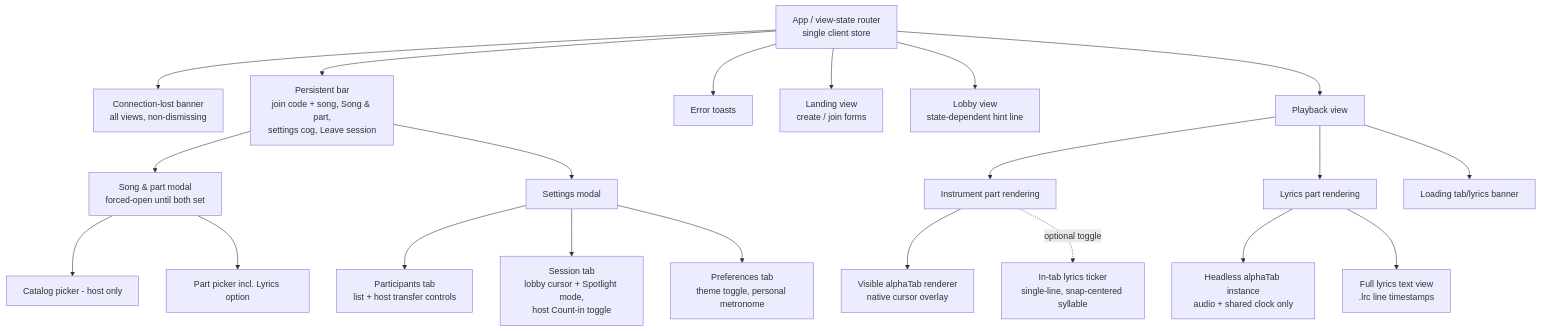
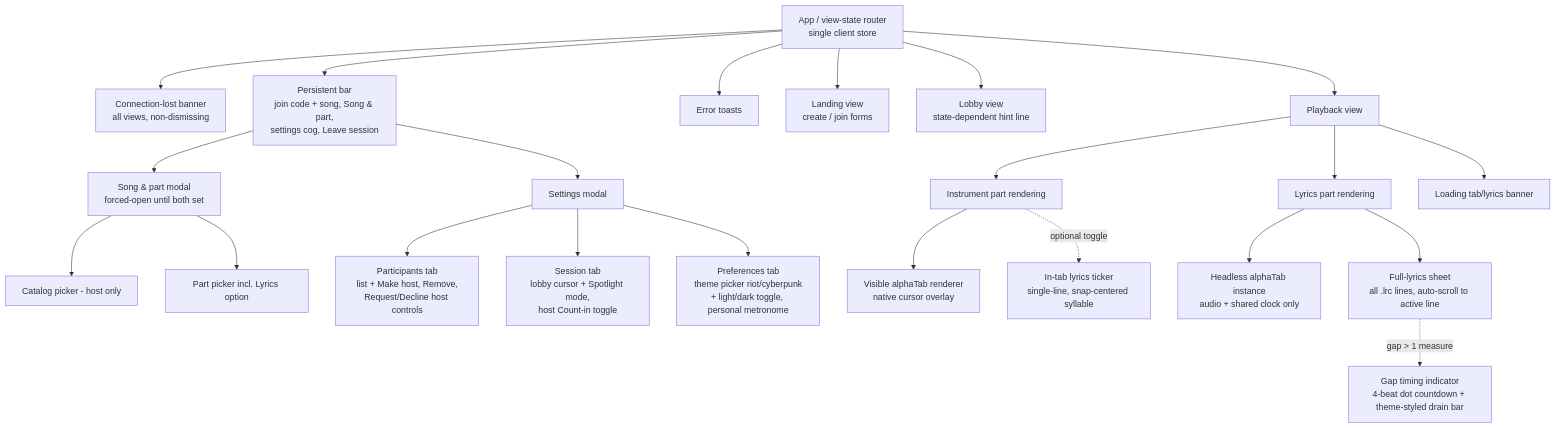
The third of 3 diagrams in README.md (kinda-bad/sync-tab-scroll), drawn with Mermaid before and after one commit. The commit also changed other lines of this file and 2 other files, not shown here.

Commit message:
docs(ui): render UI component diagram
Refreshes the README's UI Mermaid diagram to reflect the theme-picker
Preferences tab, the Remove-participant control, and the full-lyrics-
sheet redesign with its gap-timing indicator. Also picks up a small
ARDD tooling version bump.

Claude-Session: https://claude.ai/code/session_015Y2gd9zQNfmPr6p9ZbkSC5

````diff
--- a/README.md
+++ b/README.md
@@ -227,48 +227,50 @@
 ```mermaid
 graph TD
     App[App / view-state router<br/>single client store]
     Banner[Connection-lost banner<br/>all views, non-dismissing]
     Bar[Persistent bar<br/>join code + song, Song & part,<br/>settings cog, Leave session]
     Toasts[Error toasts]
     Landing[Landing view<br/>create / join forms]
     Lobby[Lobby view<br/>state-dependent hint line]
     Playback[Playback view]
 
     SongPartModal[Song & part modal<br/>forced-open until both set]
     CatalogPicker[Catalog picker - host only]
     PartPicker[Part picker incl. Lyrics option]
 
     SettingsModal[Settings modal]
-    TabParticipants[Participants tab<br/>list + host transfer controls]
+    TabParticipants[Participants tab<br/>list + Make host, Remove,<br/>Request/Decline host controls]
     TabSession[Session tab<br/>lobby cursor + Spotlight mode,<br/>host Count-in toggle]
-    TabPreferences[Preferences tab<br/>theme toggle, personal metronome]
+    TabPreferences[Preferences tab<br/>theme picker riot/cyberpunk<br/>+ light/dark toggle, personal metronome]
 
     InstrumentView[Instrument part rendering]
     AlphaTabVisible[Visible alphaTab renderer<br/>native cursor overlay]
     Ticker[In-tab lyrics ticker<br/>single-line, snap-centered syllable]
     LyricsView[Lyrics part rendering]
     AlphaTabHeadless[Headless alphaTab instance<br/>audio + shared clock only]
-    FullLyrics[Full lyrics text view<br/>.lrc line timestamps]
+    FullLyrics[Full-lyrics sheet<br/>all .lrc lines, auto-scroll to active line]
+    GapIndicator[Gap timing indicator<br/>4-beat dot countdown + theme-styled drain bar]
     LoadingBanner[Loading tab/lyrics banner]
 
     App --> Banner
     App --> Bar
     App --> Toasts
     App --> Landing
     App --> Lobby
     App --> Playback
     Bar --> SongPartModal
     Bar --> SettingsModal
     SongPartModal --> CatalogPicker
     SongPartModal --> PartPicker
     SettingsModal --> TabParticipants
     SettingsModal --> TabSession
     SettingsModal --> TabPreferences
     Playback --> LoadingBanner
     Playback --> InstrumentView
     Playback --> LyricsView
     InstrumentView --> AlphaTabVisible
     InstrumentView -.->|optional toggle| Ticker
     LyricsView --> AlphaTabHeadless
     LyricsView --> FullLyrics
+    FullLyrics -.->|gap > 1 measure| GapIndicator
 ```
````
